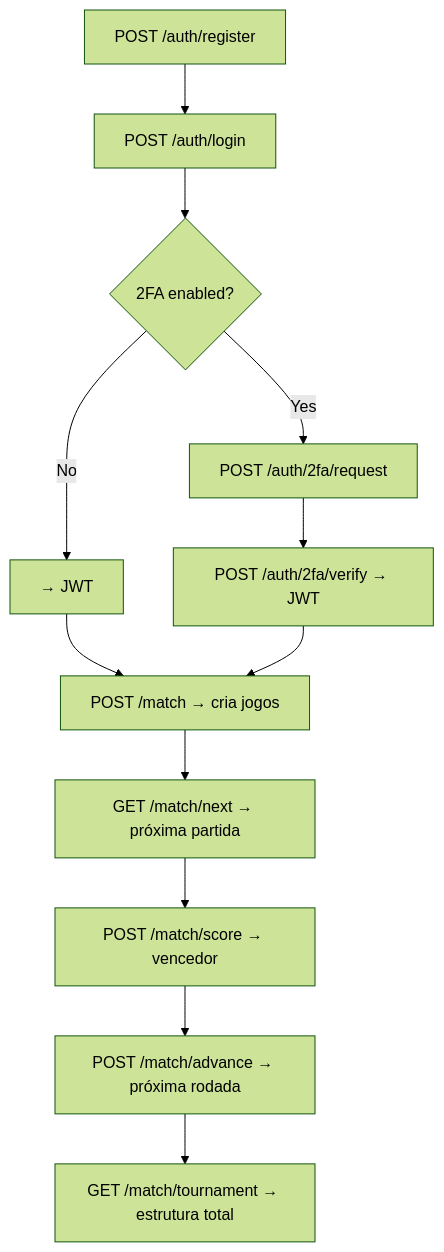
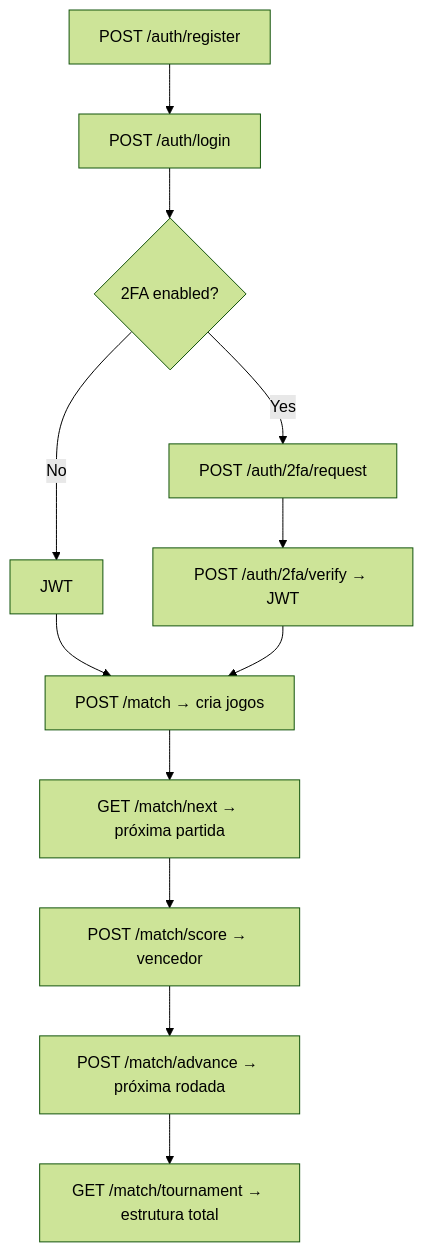
One commit to Matesant/ft_transcendence changed the diagram in services/README.md. Above: the diagram before and after it, drawn with Mermaid (forest theme).

Commit message:
readme update

````diff
--- a/services/README.md
+++ b/services/README.md
@@ -240,13 +240,13 @@
 ```mermaid
 graph TD
 A[POST /auth/register] --> B[POST /auth/login]
 B --> C{2FA enabled?}
-C -- No --> D[→ JWT] --> G
+C -- No --> D[ JWT ] --> G
 C -- Yes --> E[POST /auth/2fa/request]
 E --> F[POST /auth/2fa/verify → JWT]
 F --> G[POST /match → cria jogos]
 G --> H[GET /match/next → próxima partida]
 H --> I[POST /match/score → vencedor]
 I --> J[POST /match/advance → próxima rodada]
 J --> K[GET /match/tournament → estrutura total]
 ```
````
